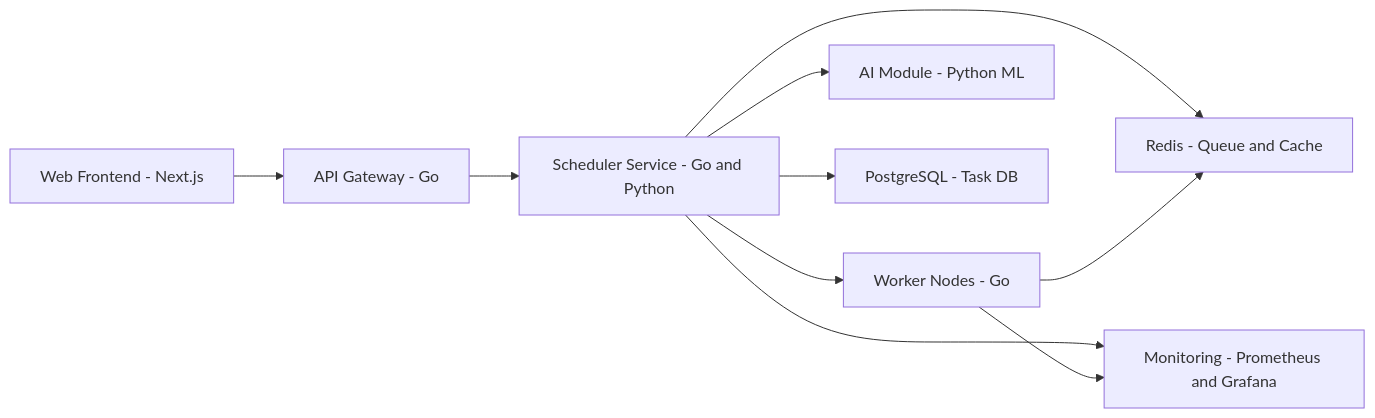
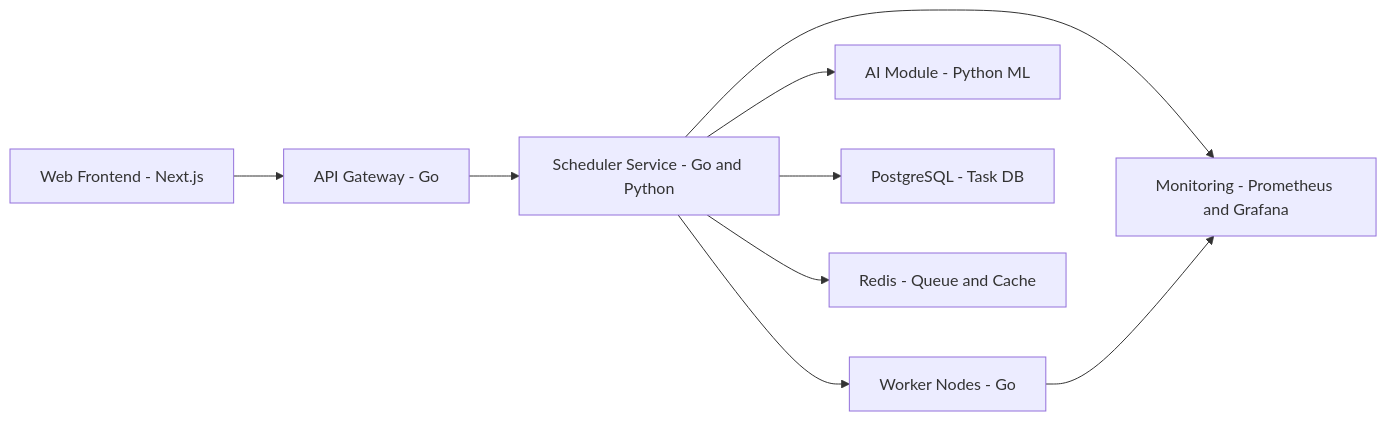
The diagram in README.md (JamesDante/iDTask), drawn with Mermaid before and after one commit.

````diff
--- a/README.md
+++ b/README.md
@@ -16,12 +16,11 @@
 ```mermaid
 graph LR
   A[Web Frontend - Next.js] --> B[API Gateway - Go]
   B --> C[Scheduler Service - Go and Python]
   C --> D[Worker Nodes - Go]
   C --> E[AI Module - Python ML]
   C --> F[PostgreSQL - Task DB]
   C --> G[Redis - Queue and Cache]
-  D --> G
   C --> H[Monitoring - Prometheus and Grafana]
   D --> H
 ```
````
